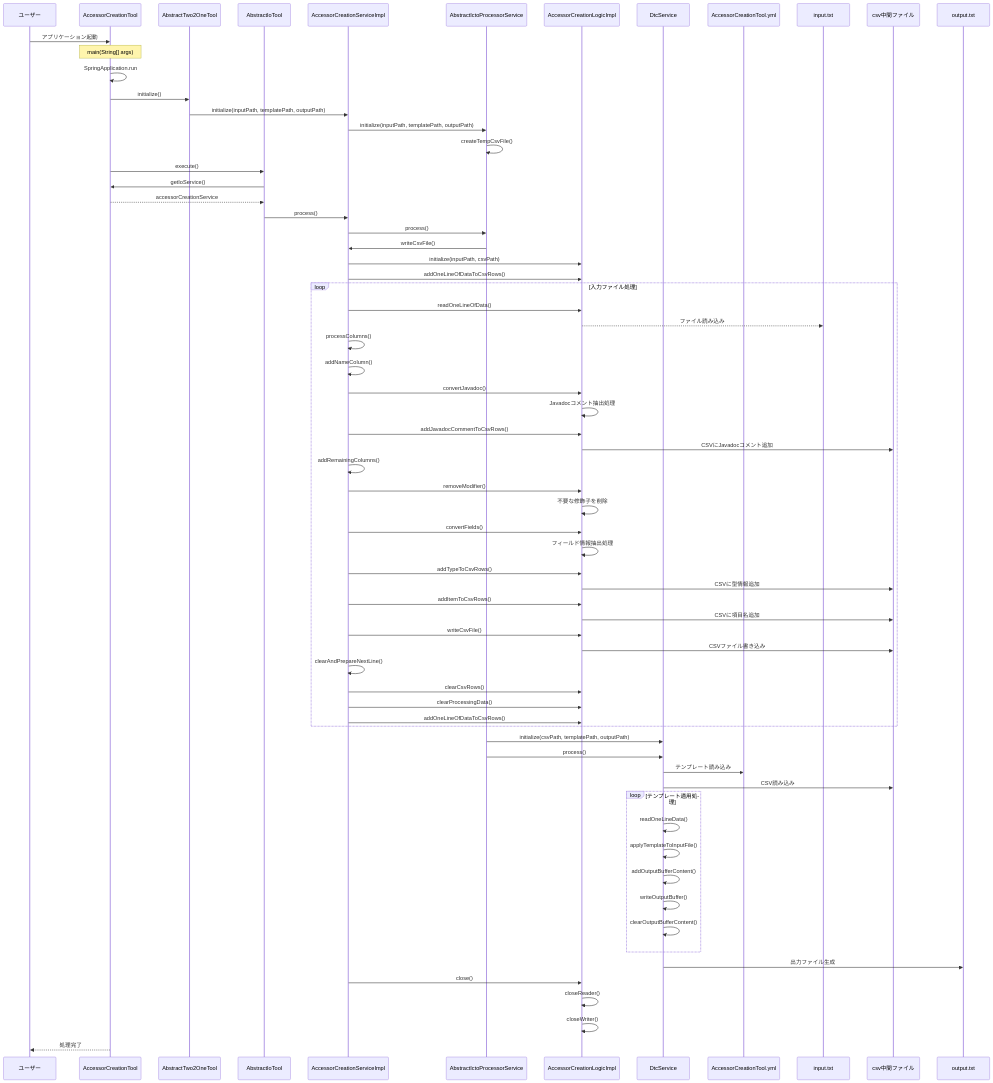
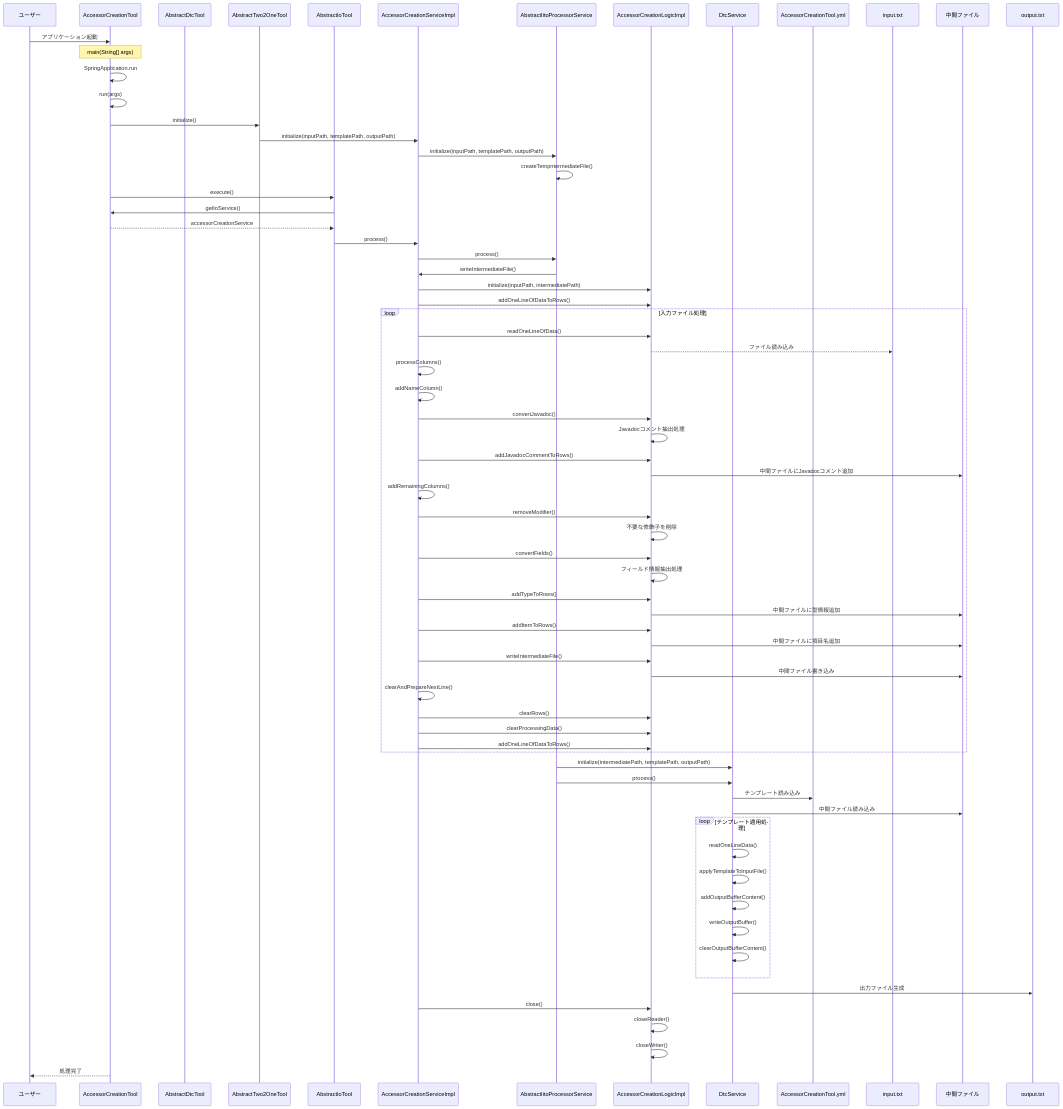
One commit to KenichiroArai/kmg-tool-base changed the second of 2 diagrams in doc/設計書/アクセサ作成ツールの設計図.md. Above: the diagram before and after it, drawn with Mermaid. The commit also changed other lines of this file, not shown here.

```diff
--- a/doc/設計書/アクセサ作成ツールの設計図.md
+++ b/doc/設計書/アクセサ作成ツールの設計図.md
@@ -148,35 +187,37 @@
 sequenceDiagram
     participant User as ユーザー
     participant ACT as AccessorCreationTool
+    participant ADT as AbstractDtcTool
     participant AT2OT as AbstractTwo2OneTool
     participant AIT as AbstractIoTool
     participant ACService as AccessorCreationServiceImpl
-    participant AIPS as AbstractIctoProcessorService
+    participant AIPS as AbstractIitoProcessorService
     participant ACLogic as AccessorCreationLogicImpl
     participant DtcService as DtcService
     participant Template as AccessorCreationTool.yml
     participant Input as input.txt
-    participant CSV as csv中間ファイル
+    participant Intermediate as 中間ファイル
     participant Output as output.txt
 
     User->>ACT: アプリケーション起動
     Note over ACT: main(String[] args)
     ACT->>ACT: SpringApplication.run
+    ACT->>ACT: run(args)
 
     ACT->>AT2OT: initialize()
     AT2OT->>ACService: initialize(inputPath, templatePath, outputPath)
     ACService->>AIPS: initialize(inputPath, templatePath, outputPath)
-    AIPS->>AIPS: createTempCsvFile()
+    AIPS->>AIPS: createTempntermediateFile()
 
     ACT->>AIT: execute()
     AIT->>ACT: getIoService()
     ACT-->>AIT: accessorCreationService
     AIT->>ACService: process()
     ACService->>AIPS: process()
-    AIPS->>ACService: writeCsvFile()
+    AIPS->>ACService: writeIntermediateFile()
 
-    ACService->>ACLogic: initialize(inputPath, csvPath)
-    ACService->>ACLogic: addOneLineOfDataToCsvRows()
+    ACService->>ACLogic: initialize(inputPath, intermediatePath)
+    ACService->>ACLogic: addOneLineOfDataToRows()
 
     loop 入力ファイル処理
         ACService->>ACLogic: readOneLineOfData()
@@ -187,8 +228,8 @@
         ACService->>ACService: addNameColumn()
         ACService->>ACLogic: convertJavadoc()
         ACLogic->>ACLogic: Javadocコメント抽出処理
-        ACService->>ACLogic: addJavadocCommentToCsvRows()
-        ACLogic->>CSV: CSVにJavadocコメント追加
+        ACService->>ACLogic: addJavadocCommentToRows()
+        ACLogic->>Intermediate: 中間ファイルにJavadocコメント追加
 
         ACService->>ACService: addRemainingColumns()
         ACService->>ACLogic: removeModifier()
@@ -197,25 +238,25 @@
         ACService->>ACLogic: convertFields()
         ACLogic->>ACLogic: フィールド情報抽出処理
 
-        ACService->>ACLogic: addTypeToCsvRows()
-        ACLogic->>CSV: CSVに型情報追加
+        ACService->>ACLogic: addTypeToRows()
+        ACLogic->>Intermediate: 中間ファイルに型情報追加
 
-        ACService->>ACLogic: addItemToCsvRows()
-        ACLogic->>CSV: CSVに項目名追加
+        ACService->>ACLogic: addItemToRows()
+        ACLogic->>Intermediate: 中間ファイルに項目名追加
 
-        ACService->>ACLogic: writeCsvFile()
-        ACLogic->>CSV: CSVファイル書き込み
+        ACService->>ACLogic: writeIntermediateFile()
+        ACLogic->>Intermediate: 中間ファイル書き込み
 
         ACService->>ACService: clearAndPrepareNextLine()
-        ACService->>ACLogic: clearCsvRows()
+        ACService->>ACLogic: clearRows()
         ACService->>ACLogic: clearProcessingData()
-        ACService->>ACLogic: addOneLineOfDataToCsvRows()
+        ACService->>ACLogic: addOneLineOfDataToRows()
     end
 
-    AIPS->>DtcService: initialize(csvPath, templatePath, outputPath)
+    AIPS->>DtcService: initialize(intermediatePath, templatePath, outputPath)
     AIPS->>DtcService: process()
     DtcService->>Template: テンプレート読み込み
-    DtcService->>CSV: CSV読み込み
+    DtcService->>Intermediate: 中間ファイル読み込み
 
     loop テンプレート適用処理
         DtcService->>DtcService: readOneLineData()
```
